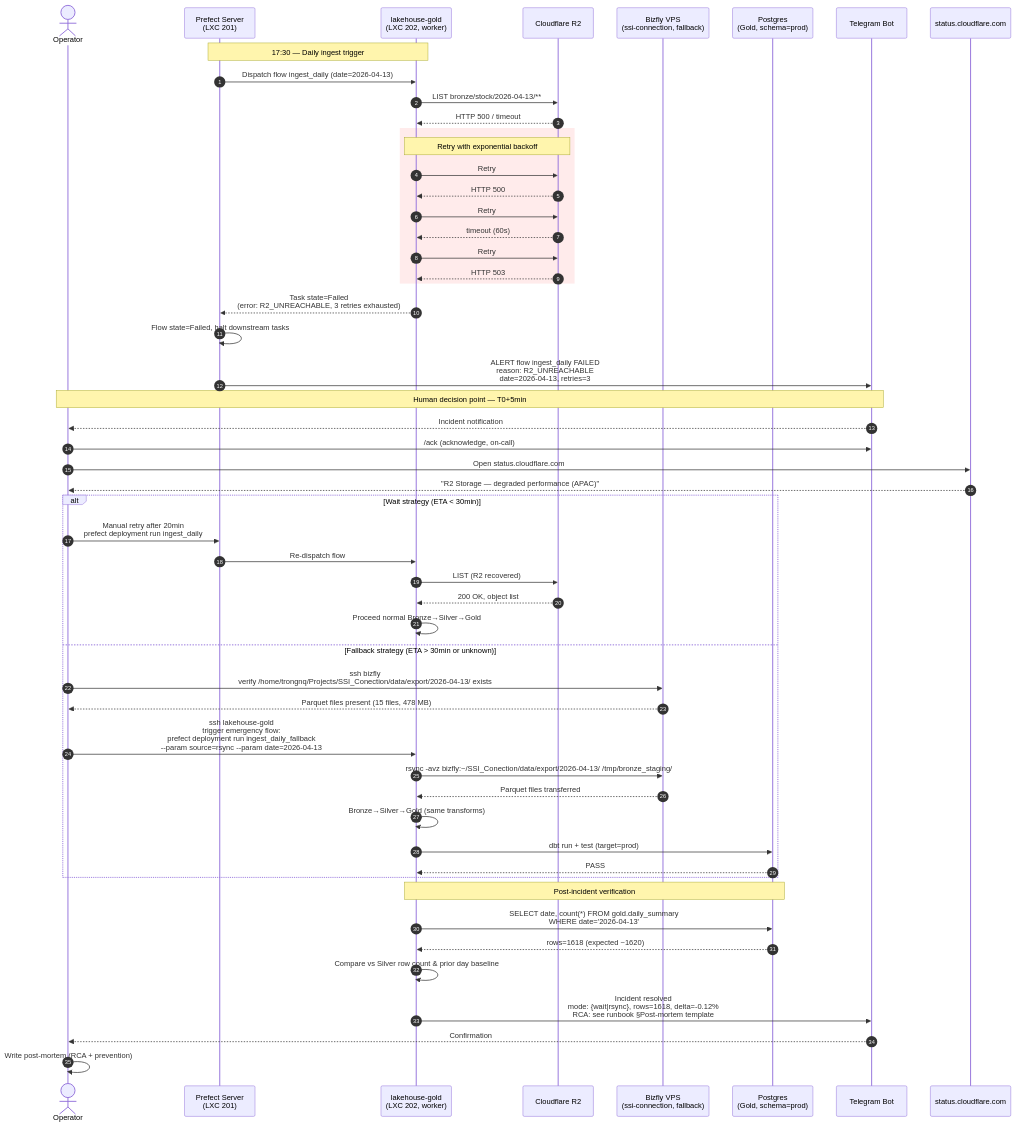
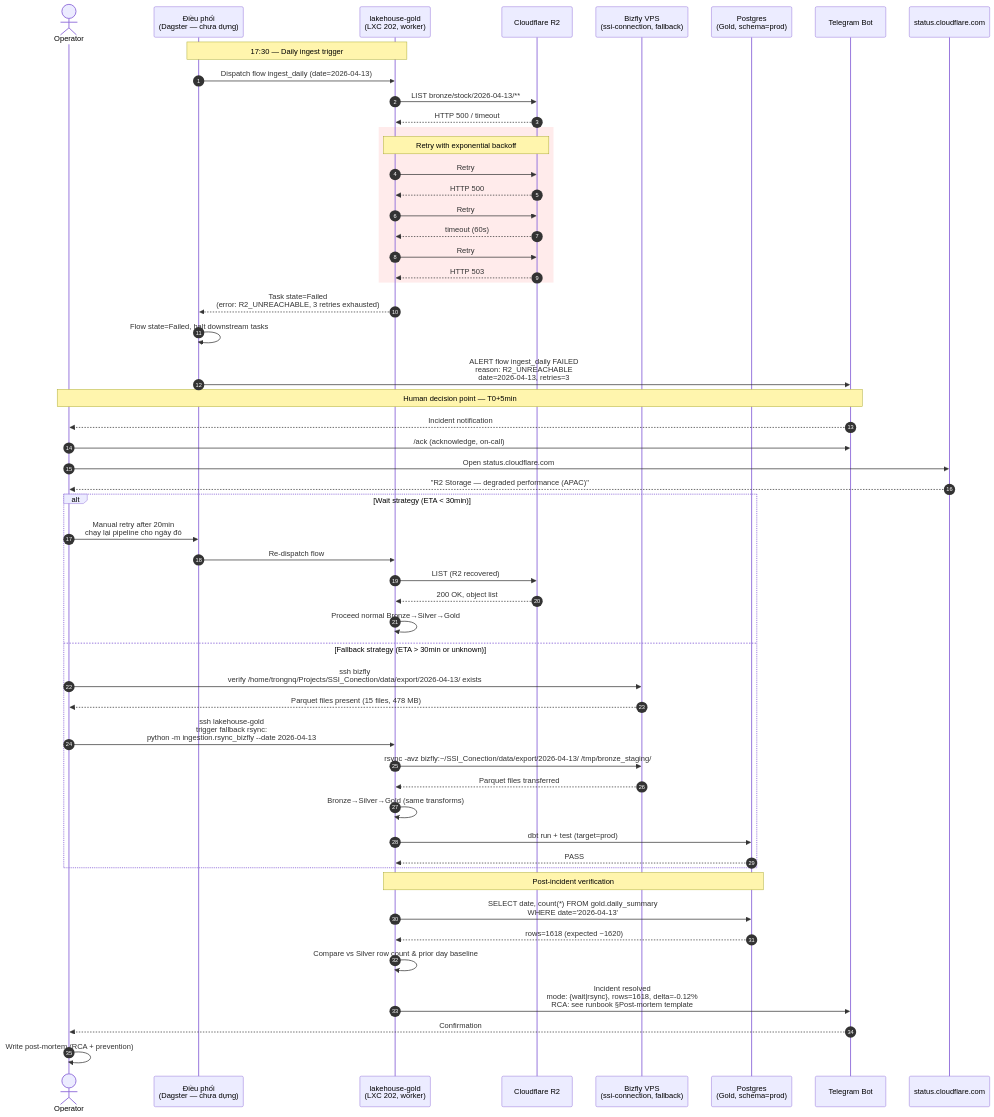
One commit to DataGaze/data-lakehouse changed the diagram in docs/sequences/incident-r2-down.md. Above: the diagram before and after it, drawn with Mermaid. The commit also changed other lines of this file and 12 other files, not shown here.

First line of the commit message:
docs: retire Prefect across the platform docs, record the Dagster decision [B2.4]

````diff
--- a/docs/sequences/incident-r2-down.md
+++ b/docs/sequences/incident-r2-down.md
@@ -11,63 +11,63 @@
 ```mermaid
 sequenceDiagram
     autonumber
     actor Op as Operator
-    participant PF as Prefect Server<br/>(LXC 201)
+    participant PF as Điều phối<br/>(Dagster — chưa dựng)
     participant LH as lakehouse-gold<br/>(LXC 202, worker)
     participant R2 as Cloudflare R2
     participant Biz as Bizfly VPS<br/>(ssi-connection, fallback)
     participant PG as Postgres<br/>(Gold, schema=prod)
     participant TG as Telegram Bot
     participant CF as status.cloudflare.com
 
     Note over PF,LH: 17:30 — Daily ingest trigger
     PF->>LH: Dispatch flow ingest_daily (date=2026-04-13)
     LH->>R2: LIST bronze/stock/2026-04-13/**
     R2-->>LH: HTTP 500 / timeout
 
     rect rgb(255, 235, 235)
     Note over LH,R2: Retry with exponential backoff
     LH->>R2: Retry #1 (after 30s)
     R2-->>LH: HTTP 500
     LH->>R2: Retry #2 (after 60s)
     R2-->>LH: timeout (60s)
     LH->>R2: Retry #3 (after 120s)
     R2-->>LH: HTTP 503
     end
 
     LH-->>PF: Task state=Failed<br/>(error: R2_UNREACHABLE, 3 retries exhausted)
     PF->>PF: Flow state=Failed, halt downstream tasks
     PF->>TG: ALERT flow ingest_daily FAILED<br/>reason: R2_UNREACHABLE<br/>date=2026-04-13, retries=3
 
     Note over Op,TG: Human decision point — T0+5min
     TG-->>Op: Incident notification
     Op->>TG: /ack (acknowledge, on-call)
     Op->>CF: Open status.cloudflare.com
     CF-->>Op: "R2 Storage — degraded performance (APAC)"
 
     alt Wait strategy (ETA < 30min)
-        Op->>PF: Manual retry after 20min<br/>prefect deployment run ingest_daily
+        Op->>PF: Manual retry after 20min<br/>chạy lại pipeline cho ngày đó
         PF->>LH: Re-dispatch flow
         LH->>R2: LIST (R2 recovered)
         R2-->>LH: 200 OK, object list
         LH->>LH: Proceed normal Bronze→Silver→Gold
     else Fallback strategy (ETA > 30min or unknown)
         Op->>Biz: ssh bizfly<br/>verify /home/trongnq/Projects/SSI_Conection/data/export/2026-04-13/ exists
         Biz-->>Op: Parquet files present (15 files, 478 MB)
-        Op->>LH: ssh lakehouse-gold<br/>trigger emergency flow:<br/>prefect deployment run ingest_daily_fallback<br/>--param source=rsync --param date=2026-04-13
+        Op->>LH: ssh lakehouse-gold<br/>trigger fallback rsync:<br/>python -m ingestion.rsync_bizfly --date 2026-04-13
         LH->>Biz: rsync -avz bizfly:~/SSI_Conection/data/export/2026-04-13/ /tmp/bronze_staging/
         Biz-->>LH: Parquet files transferred
         LH->>LH: Bronze→Silver→Gold (same transforms)
         LH->>PG: dbt run + test (target=prod)
         PG-->>LH: PASS
     end
 
     Note over LH,PG: Post-incident verification
     LH->>PG: SELECT date, count(*) FROM gold.daily_summary<br/>WHERE date='2026-04-13'
     PG-->>LH: rows=1618 (expected ~1620)
     LH->>LH: Compare vs Silver row count & prior day baseline
     LH->>TG: Incident resolved<br/>mode: {wait|rsync}, rows=1618, delta=-0.12%<br/>RCA: see runbook §Post-mortem template
     TG-->>Op: Confirmation
 
     Op->>Op: Write post-mortem (RCA + prevention)
 ```
````
